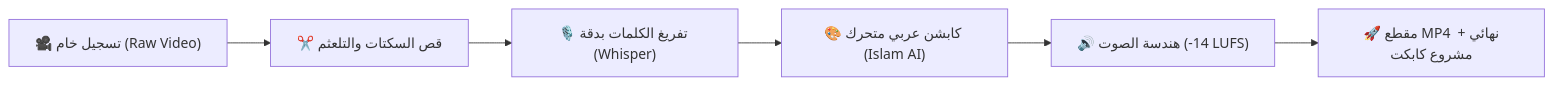
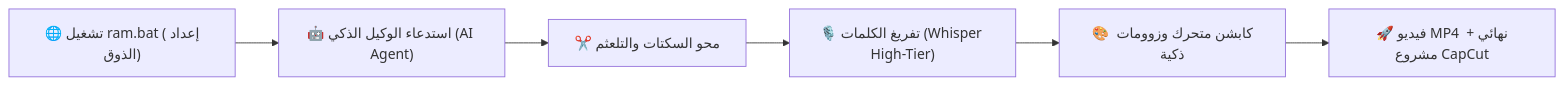
The diagram in README.md (islamlal12/islam-ai-reelforge), drawn with Mermaid before and after one commit. The commit also changed other lines of this file and 10 other files, not shown here.

Commit message:
feat: generalize styling, add desktop live preview to onboarding, add ram launchers & dynamic whisper selection

````diff
--- a/README.md
+++ b/README.md
@@ -24,8 +23,8 @@
 ```mermaid
 flowchart LR
-    A["🎥 تسجيل خام (Raw Video)"] --> B["✂️ قص السكتات والتلعثم"]
-    B --> C["🎙️ تفريغ الكلمات بدقة (Whisper)"]
-    C --> D["🎨 كابشن عربي متحرك (Islam AI)"]
-    D --> E["🔊 هندسة الصوت (-14 LUFS)"]
-    E --> F["🚀 مقطع MP4 نهائي + مشروع كابكت"]
+    A["🌐 تشغيل ram.bat (إعداد الذوق)"] --> B["🤖 استدعاء الوكيل الذكي (AI Agent)"]
+    B --> C["✂️ محو السكتات والتلعثم"]
+    C --> D["🎙️ تفريغ الكلمات (Whisper High-Tier)"]
+    D --> E["🎨 كابشن متحرك وزوومات ذكية"]
+    E --> F["🚀 فيديو MP4 نهائي + مشروع CapCut"]
 ```
````
